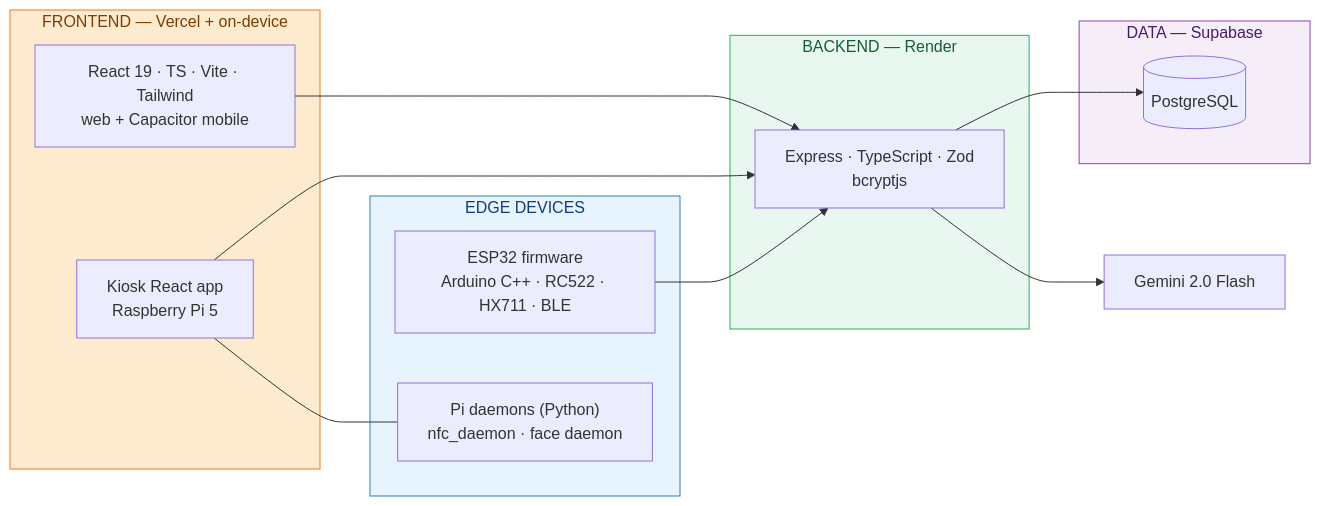
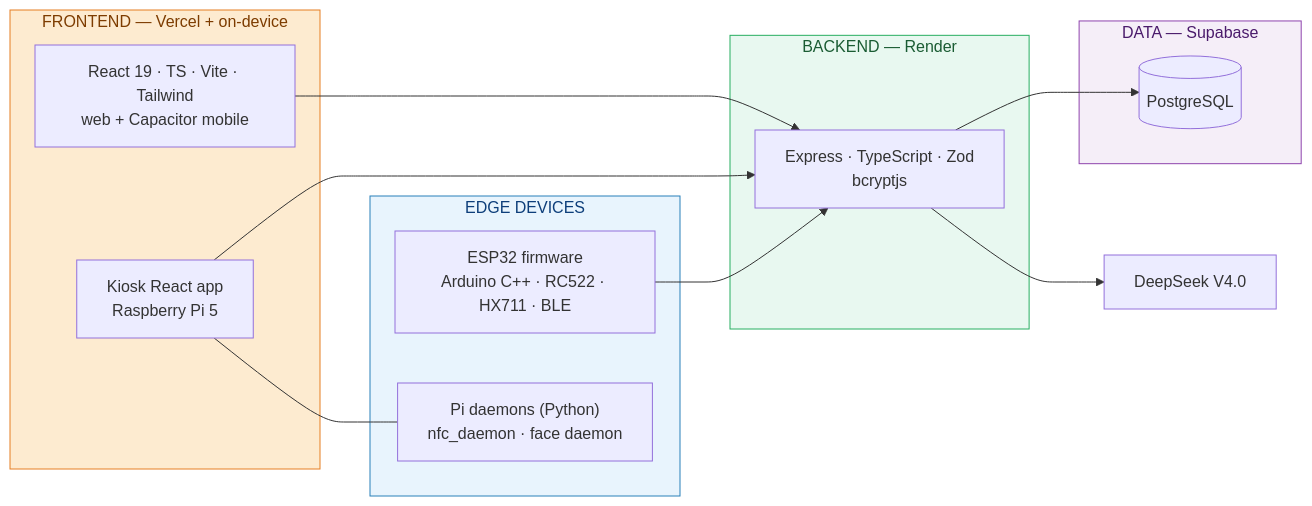
One commit to GILZ3103/claude_project changed the first of 6 diagrams in master.md. Above: the diagram before and after it, drawn with Mermaid. The commit also changed other lines of this file and 42 other files, not shown here.

````diff
--- a/master.md
+++ b/master.md
@@ -94,30 +102,30 @@
 ```mermaid
 flowchart LR
     subgraph Front["FRONTEND — Vercel + on-device"]
         Web["React 19 · TS · Vite · Tailwind\nweb + Capacitor mobile"]
         Kiosk["Kiosk React app\nRaspberry Pi 5"]
     end
     subgraph Edge["EDGE DEVICES"]
         ESP["ESP32 firmware\nArduino C++ · RC522 · HX711 · BLE"]
         Daemons["Pi daemons (Python)\nnfc_daemon · face daemon"]
     end
     subgraph Back["BACKEND — Render"]
         Express["Express · TypeScript · Zod\nbcryptjs"]
     end
     subgraph Data["DATA — Supabase"]
         PG[("PostgreSQL")]
     end
-    AI["Gemini 2.0 Flash"]
+    AI["DeepSeek V4.0"]
 
     Web --> Express
     Kiosk --> Express
     Kiosk --- Daemons
     ESP --> Express
     Express --> PG
     Express --> AI
 
     style Front fill:#fdebd0,stroke:#e67e22,color:#7d3c00
     style Edge fill:#e8f4fd,stroke:#2980b9,color:#0d3e7a
     style Back fill:#e8f8f0,stroke:#27ae60,color:#1a5c33
     style Data fill:#f5eef8,stroke:#8e44ad,color:#4a1a6b
 ```
````
